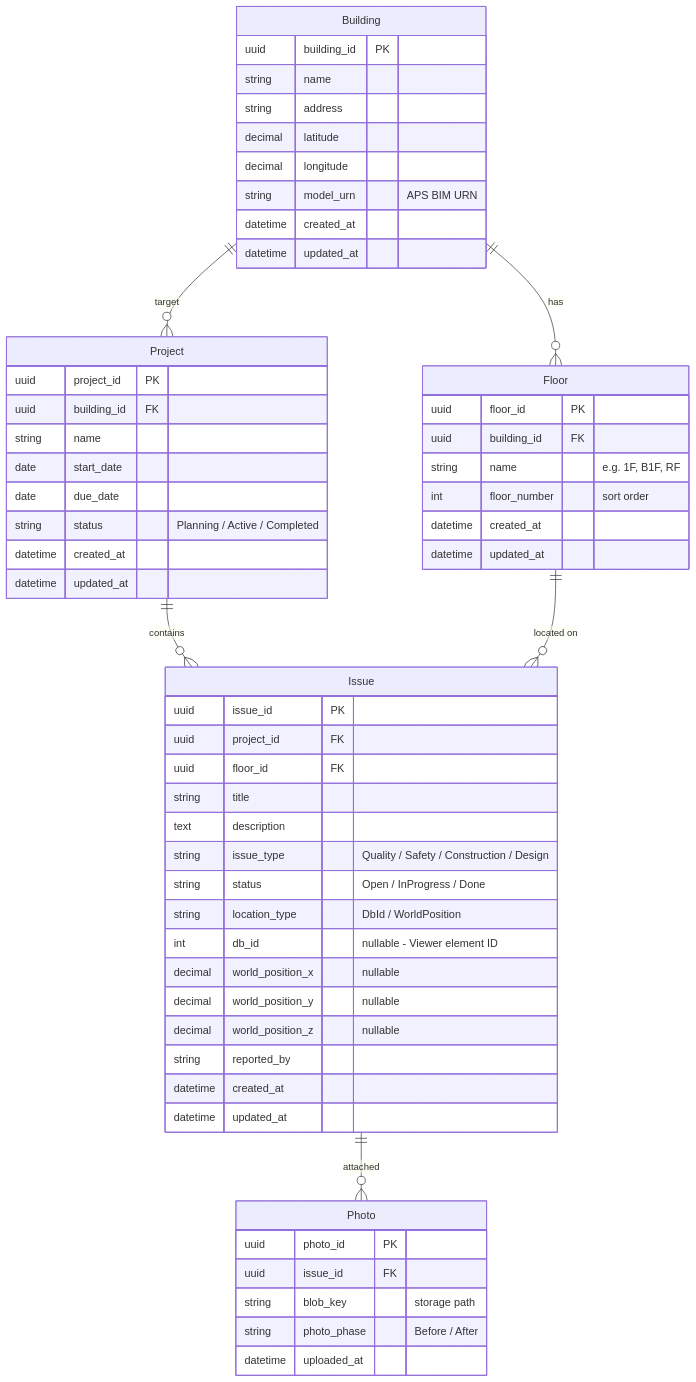
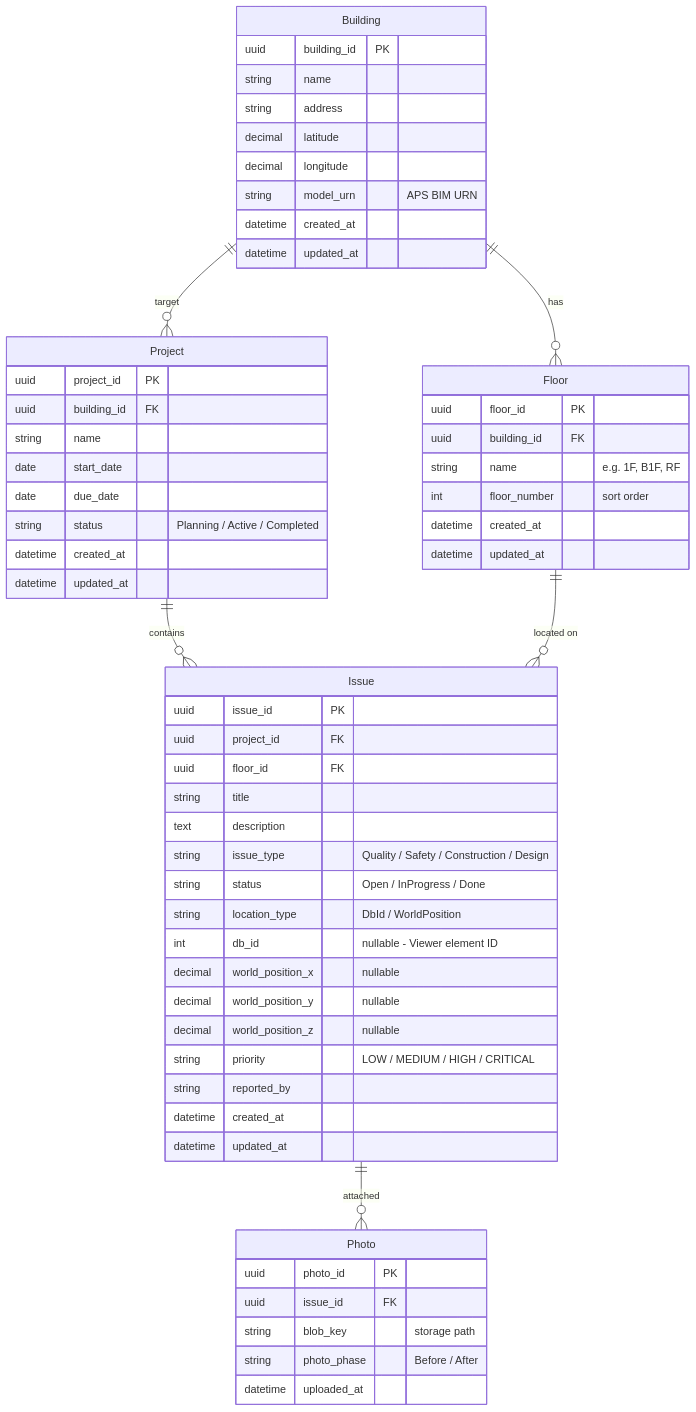
One commit to Hiroshi-Kazui/Arent_Assingment changed the diagram in doc/er-diagram.mmd. Above: the diagram before and after it, drawn with Mermaid. The commit also changed 15 other files, not shown here.

```diff
--- a/doc/er-diagram.mmd
+++ b/doc/er-diagram.mmd
@@ -1,63 +1,64 @@
 erDiagram
     Building ||--o{ Floor : "has"
     Building ||--o{ Project : "target"
     Project ||--o{ Issue : "contains"
     Floor ||--o{ Issue : "located on"
     Issue ||--o{ Photo : "attached"
 
     Building {
         uuid building_id PK
         string name
         string address
         decimal latitude
         decimal longitude
         string model_urn "APS BIM URN"
         datetime created_at
         datetime updated_at
     }
 
     Floor {
         uuid floor_id PK
         uuid building_id FK
         string name "e.g. 1F, B1F, RF"
         int floor_number "sort order"
         datetime created_at
         datetime updated_at
     }
 
     Project {
         uuid project_id PK
         uuid building_id FK
         string name
         date start_date
         date due_date
         string status "Planning / Active / Completed"
         datetime created_at
         datetime updated_at
     }
 
     Issue {
         uuid issue_id PK
         uuid project_id FK
         uuid floor_id FK
         string title
         text description
         string issue_type "Quality / Safety / Construction / Design"
         string status "Open / InProgress / Done"
         string location_type "DbId / WorldPosition"
         int db_id "nullable - Viewer element ID"
         decimal world_position_x "nullable"
         decimal world_position_y "nullable"
         decimal world_position_z "nullable"
+        string priority "LOW / MEDIUM / HIGH / CRITICAL"
         string reported_by
         datetime created_at
         datetime updated_at
     }
 
     Photo {
         uuid photo_id PK
         uuid issue_id FK
         string blob_key "storage path"
         string photo_phase "Before / After"
         datetime uploaded_at
     }
```
